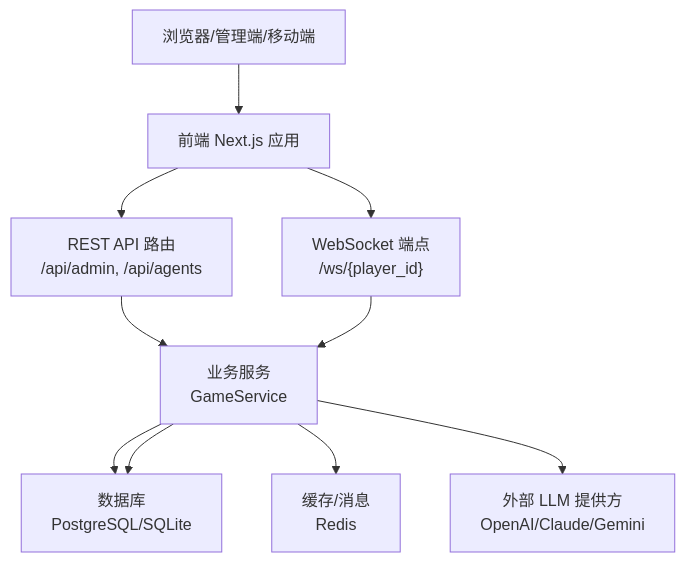
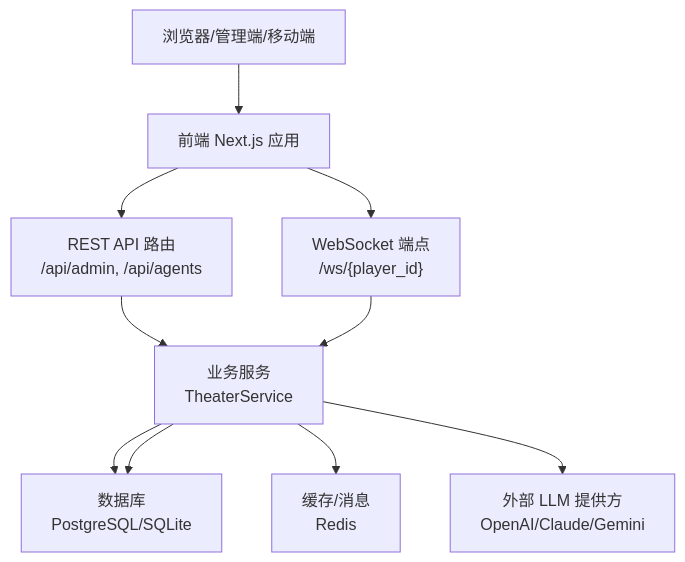
One commit to KunLabAI/KunFlix changed the second of 4 diagrams in .qoder/repowiki/zh/content/部署指南/安全配置/安全配置.md. Above: the diagram before and after it, drawn with Mermaid. The commit also changed other lines of this file and 112 other files, not shown here.

````diff
--- a/.qoder/repowiki/zh/content/部署指南/安全配置/安全配置.md
+++ b/.qoder/repowiki/zh/content/部署指南/安全配置/安全配置.md
@@ -101,20 +101,20 @@
 ```mermaid
 graph TB
 Client["浏览器/管理端/移动端"]
 FE["前端 Next.js 应用"]
 WS["WebSocket 端点<br/>/ws/{player_id}"]
 API["REST API 路由<br/>/api/admin, /api/agents"]
-SVC["业务服务<br/>GameService"]
+SVC["业务服务<br/>TheaterService"]
 DB["数据库<br/>PostgreSQL/SQLite"]
 REDIS["缓存/消息<br/>Redis"]
 LLM["外部 LLM 提供方<br/>OpenAI/Claude/Gemini"]
 Client --> FE
 FE --> API
 FE --> WS
 API --> SVC
 SVC --> DB
 SVC --> REDIS
 SVC --> LLM
 WS --> SVC
 SVC --> DB
 ```
````
